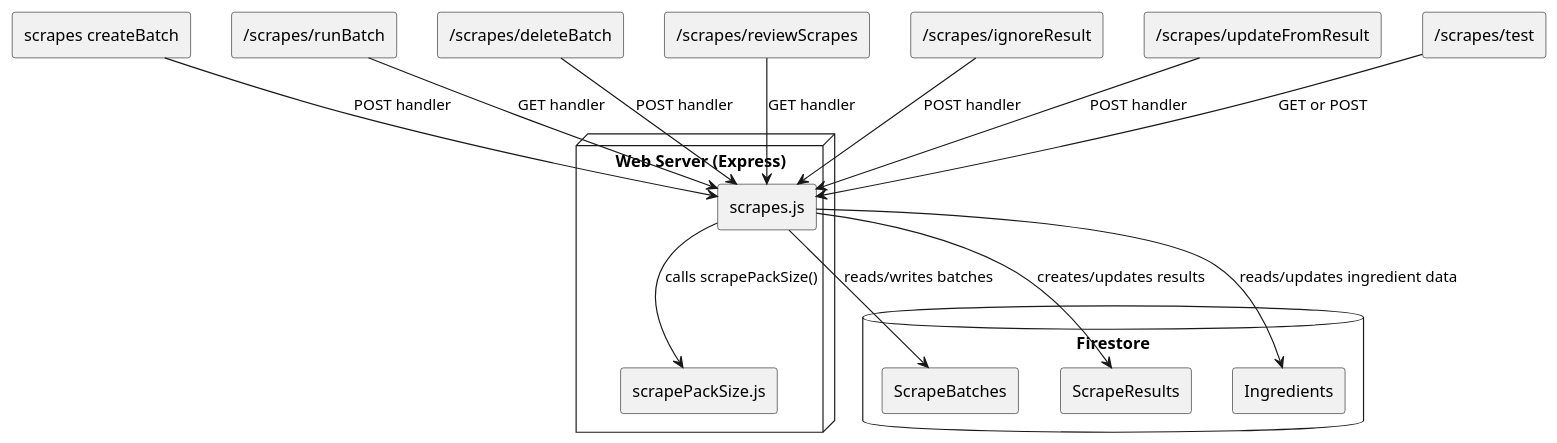
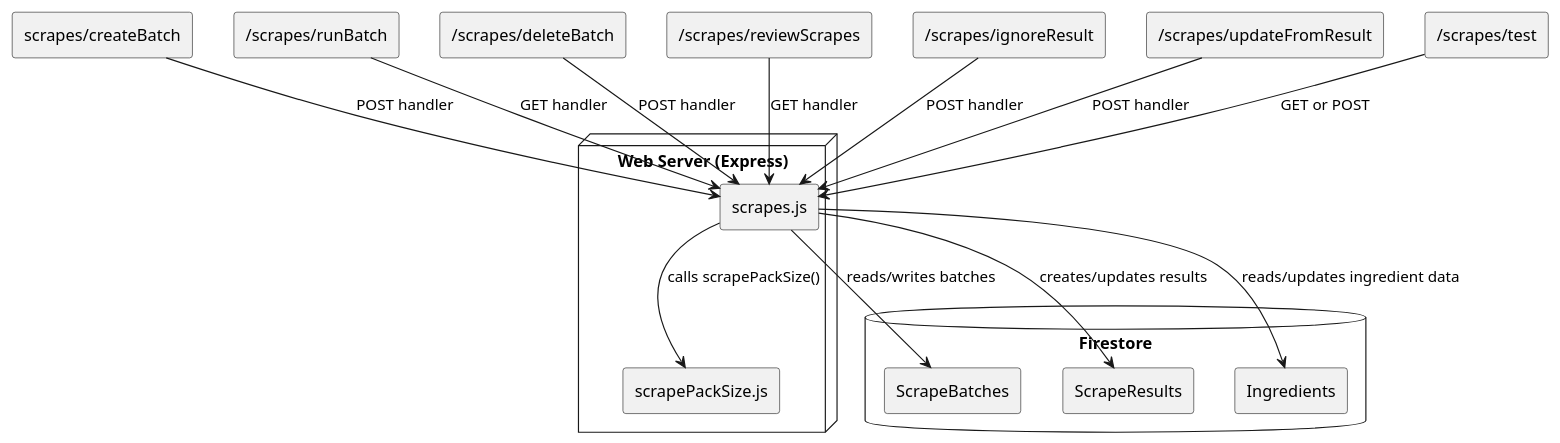
One commit to jbrun001/foodmanager_admin changed the first of 3 diagrams in documentation/diagrams/scrapingdeploy.puml. Above: the diagram before and after it, drawn with PlantUML. The commit also changed other lines of this file, not shown here.

```diff
--- a/documentation/diagrams/scrapingdeploy.puml
+++ b/documentation/diagrams/scrapingdeploy.puml
@@ -1,36 +1,36 @@
 @startuml  n
 
 node "Web Server (Express)" {
   RECTANGLE scrapes.js
   RECTANGLE scrapePackSize.js
 }
 
 database "Firestore" {
   RECTANGLE ScrapeBatches
   RECTANGLE ScrapeResults
   RECTANGLE Ingredients
 }
 
-rectangle "scrapes createBatch" as CreateBatch
+rectangle "scrapes/createBatch" as CreateBatch
 rectangle "/scrapes/runBatch" as RunBatch
 rectangle "/scrapes/deleteBatch" as DeleteBatch
 rectangle "/scrapes/reviewScrapes" as ReviewScrapes
 rectangle "/scrapes/ignoreResult" as IgnoreResult
 rectangle "/scrapes/updateFromResult" as UpdateFromResult
 rectangle "/scrapes/test" as TestScrape
 
 CreateBatch --> scrapes.js : POST handler
 RunBatch --> scrapes.js : GET handler
 DeleteBatch --> scrapes.js : POST handler
 ReviewScrapes --> scrapes.js : GET handler
 IgnoreResult --> scrapes.js : POST handler
 UpdateFromResult --> scrapes.js : POST handler
 TestScrape --> scrapes.js : GET or POST
 
 scrapes.js --> scrapePackSize.js : calls scrapePackSize()
 
 scrapes.js --> ScrapeBatches : reads/writes batches
 scrapes.js --> ScrapeResults : creates/updates results
 scrapes.js --> Ingredients : reads/updates ingredient data
 
 @enduml
```
